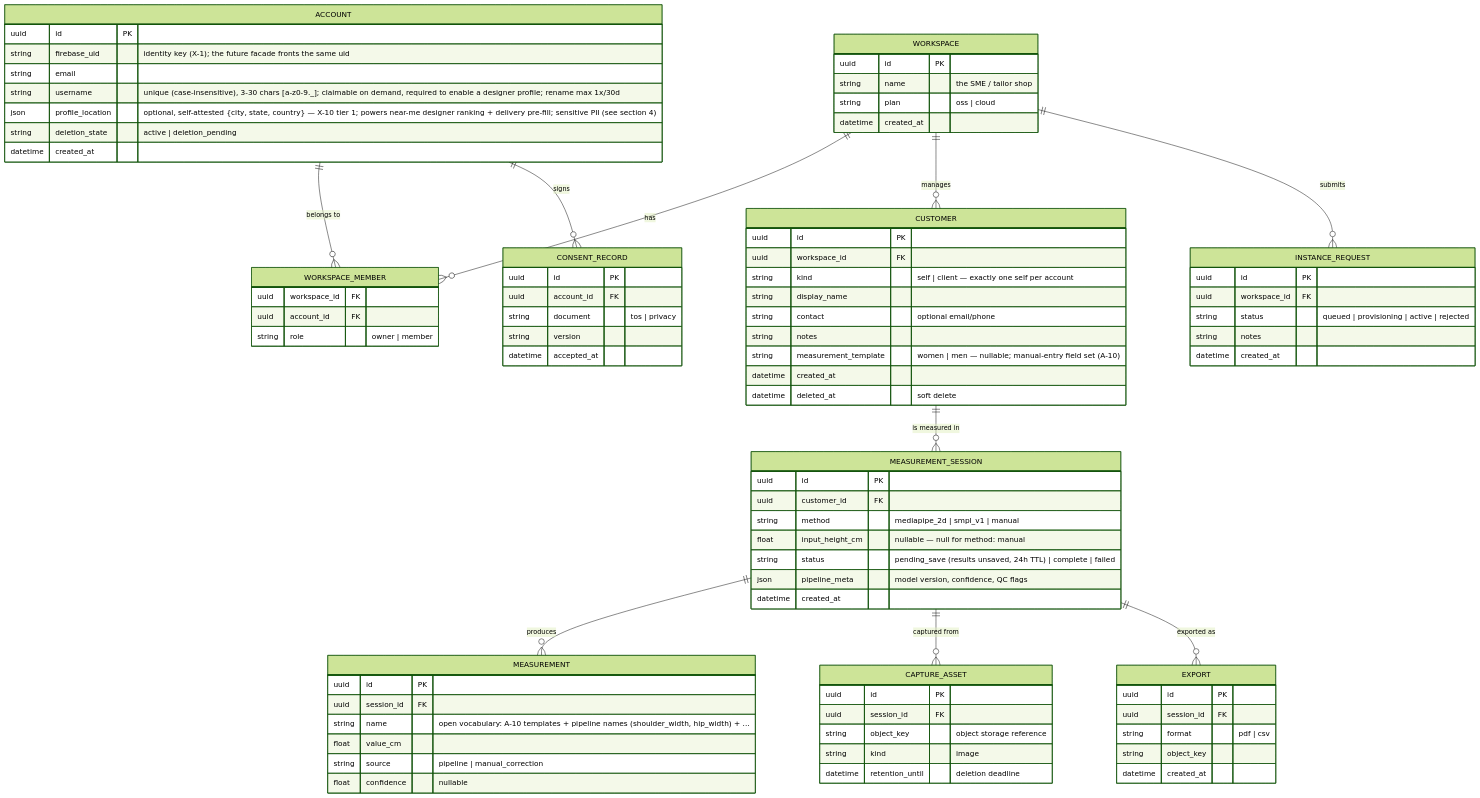
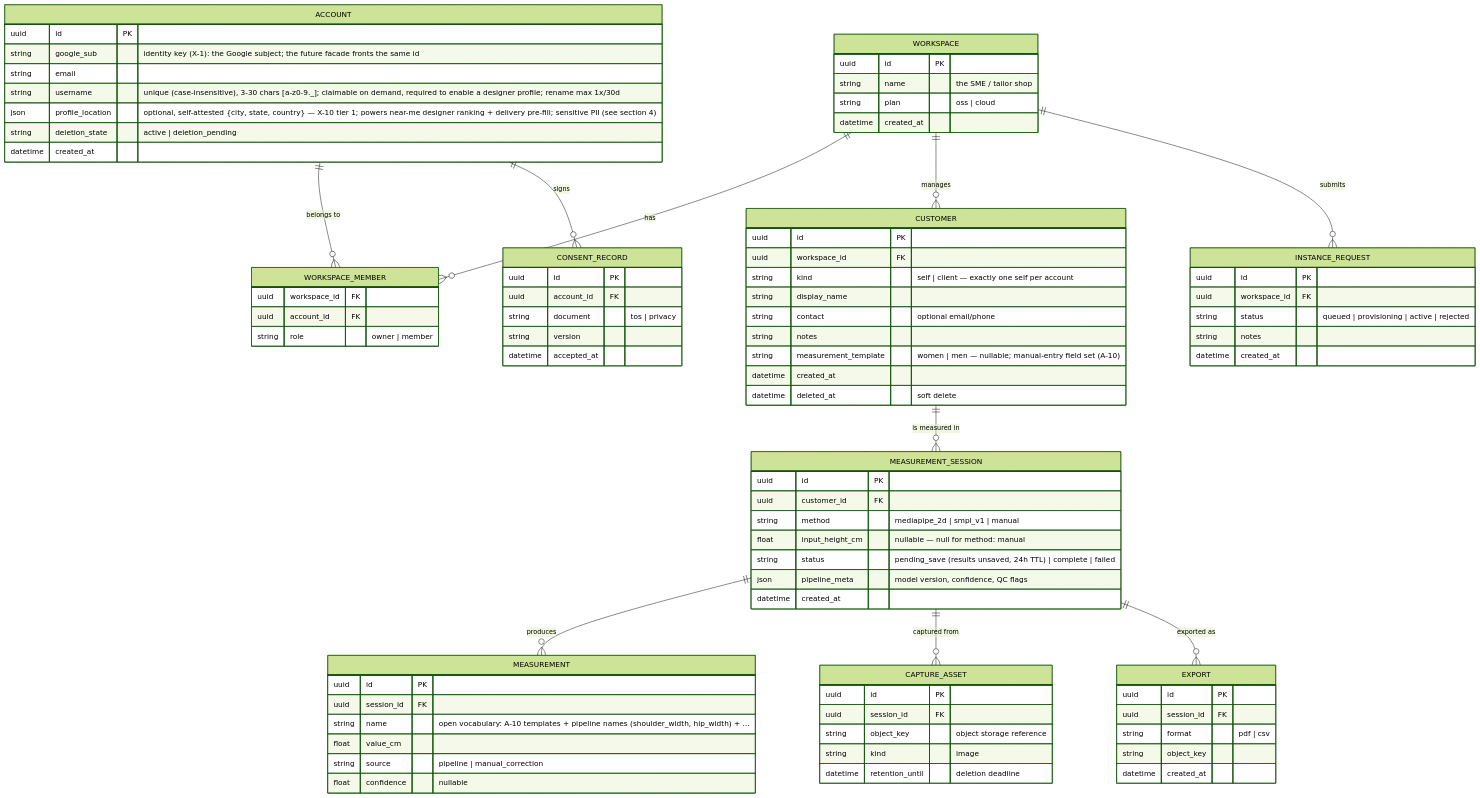
Before and after one commit to cuesoftinc/apparule: the first of 3 diagrams in docs/data-model.md, drawn with Mermaid (forest theme). The commit also changed 96 other files, not shown here.

```diff
--- a/docs/data-model.md
+++ b/docs/data-model.md
@@ -28,7 +28,7 @@
 
     ACCOUNT {
         uuid id PK
-        string firebase_uid "identity key (X-1); the future facade fronts the same uid"
+        string google_sub "identity key (X-1): the Google subject; the future facade fronts the same id"
         string email
         string username "unique (case-insensitive), 3-30 chars [a-z0-9._]; claimable on demand, required to enable a designer profile; rename max 1x/30d"
         json profile_location "optional, self-attested {city, state, country} — X-10 tier 1; powers near-me designer ranking + delivery pre-fill; sensitive PII (see section 4)"
```
